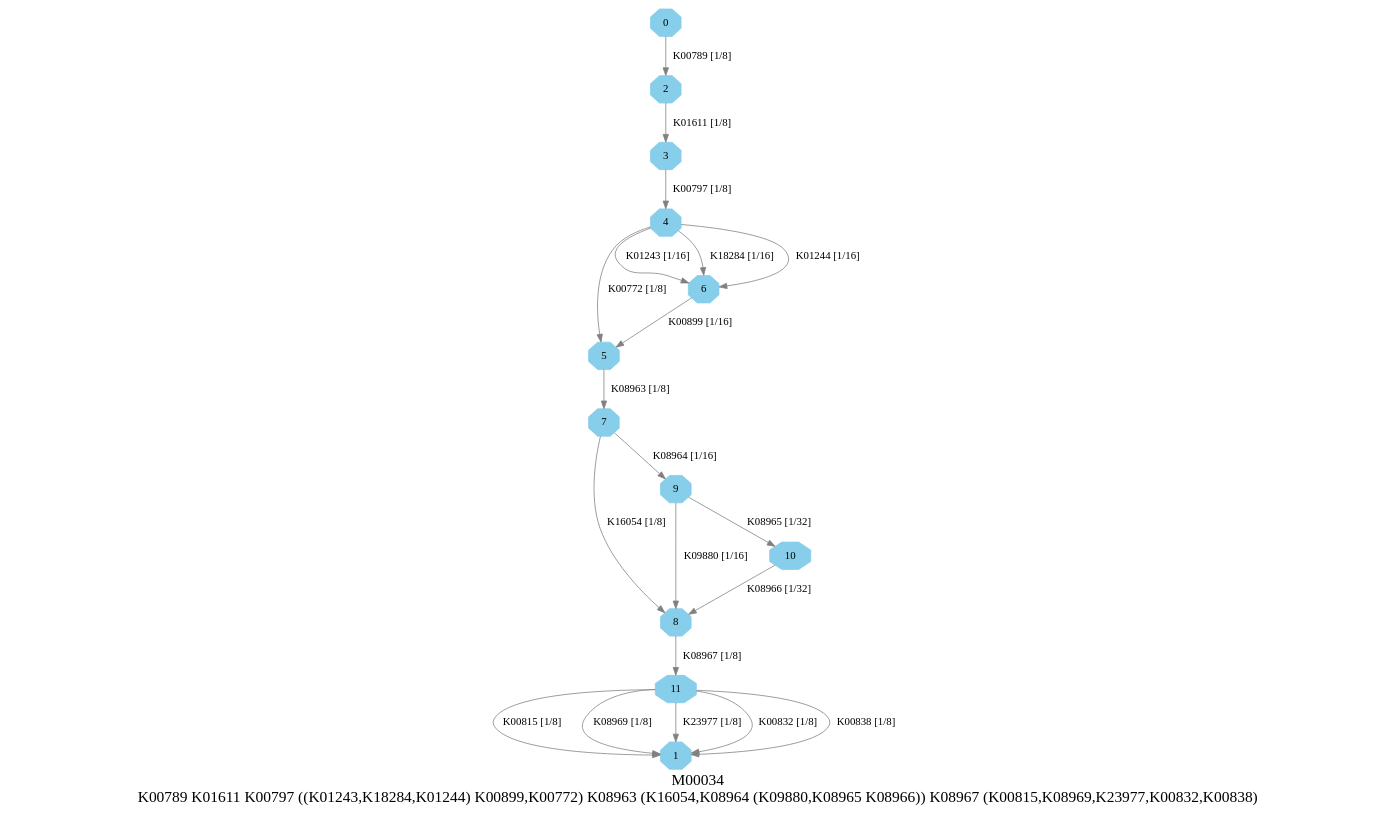
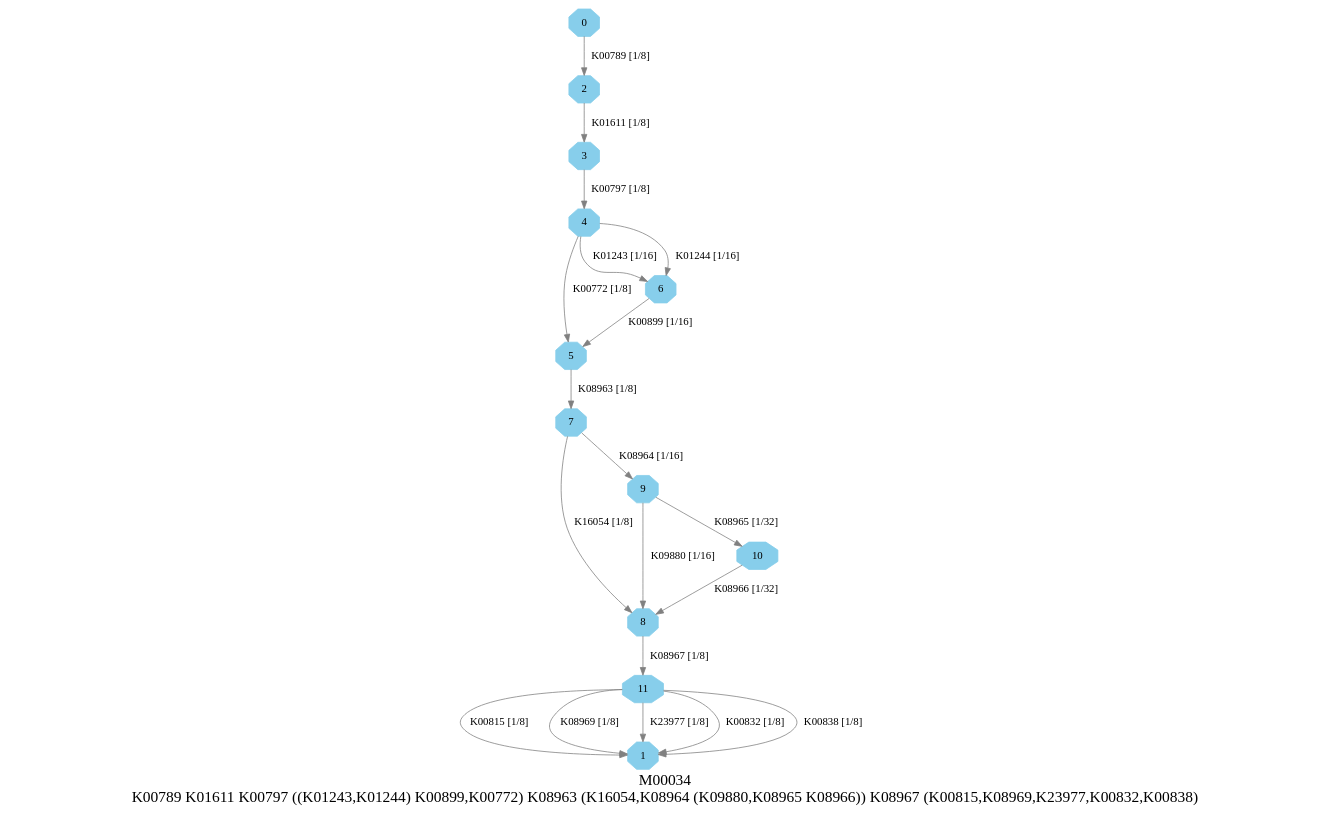
Before and after one commit to EBI-Metagenomics/kegg-pathways-completeness-tool: the diagram in graphs/dots/M00034.dot, drawn with Graphviz. The commit also changed 124 other files, not shown here.

```diff
--- a/graphs/dots/M00034.dot
+++ b/graphs/dots/M00034.dot
@@ -1,27 +1,26 @@
 digraph G {
 graph [label="M00034
-K00789 K01611 K00797 ((K01243,K18284,K01244) K00899,K00772) K08963 (K16054,K08964 (K09880,K08965 K08966)) K08967 (K00815,K08969,K23977,K00832,K00838)",fontsize=20];
+K00789 K01611 K00797 ((K01243,K01244) K00899,K00772) K08963 (K16054,K08964 (K09880,K08965 K08966)) K08967 (K00815,K08969,K23977,K00832,K00838)",fontsize=20];
 node [shape=box,style=filled];
 edge [len=3,color=grey];
 {node [width=.3,height=.3,shape=octagon,style=filled,color=skyblue] 0 1 2 3 4 5 6 7 8 9 10 11 }
 0 -> 2 [label="K00789 [1/8]"];
 2 -> 3 [label="K01611 [1/8]"];
 3 -> 4 [label="K00797 [1/8]"];
 4 -> 6 [label="K01243 [1/16]"];
-4 -> 6 [label="K18284 [1/16]"];
 4 -> 6 [label="K01244 [1/16]"];
 4 -> 5 [label="K00772 [1/8]"];
 5 -> 7 [label="K08963 [1/8]"];
 6 -> 5 [label="K00899 [1/16]"];
 7 -> 8 [label="K16054 [1/8]"];
 7 -> 9 [label="K08964 [1/16]"];
 8 -> 11 [label="K08967 [1/8]"];
 9 -> 8 [label="K09880 [1/16]"];
 9 -> 10 [label="K08965 [1/32]"];
 10 -> 8 [label="K08966 [1/32]"];
 11 -> 1 [label="K00815 [1/8]"];
 11 -> 1 [label="K08969 [1/8]"];
 11 -> 1 [label="K23977 [1/8]"];
 11 -> 1 [label="K00832 [1/8]"];
 11 -> 1 [label="K00838 [1/8]"];
 }
```
